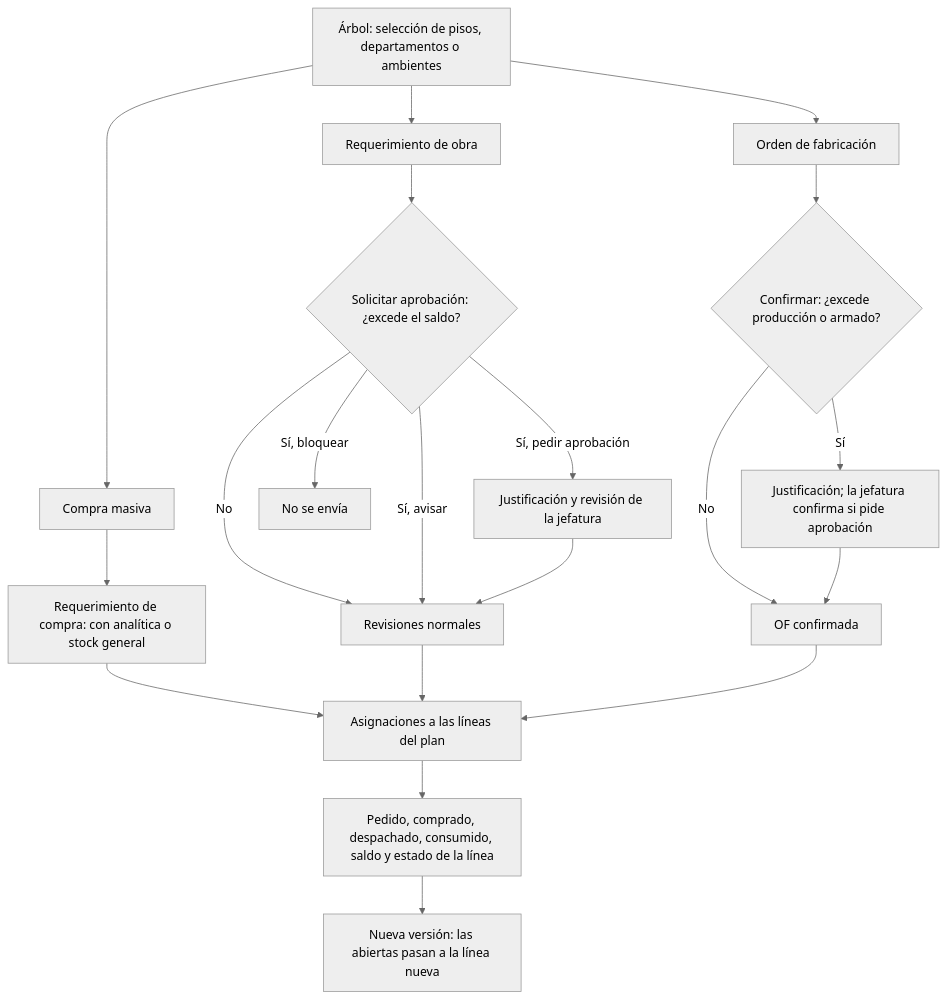
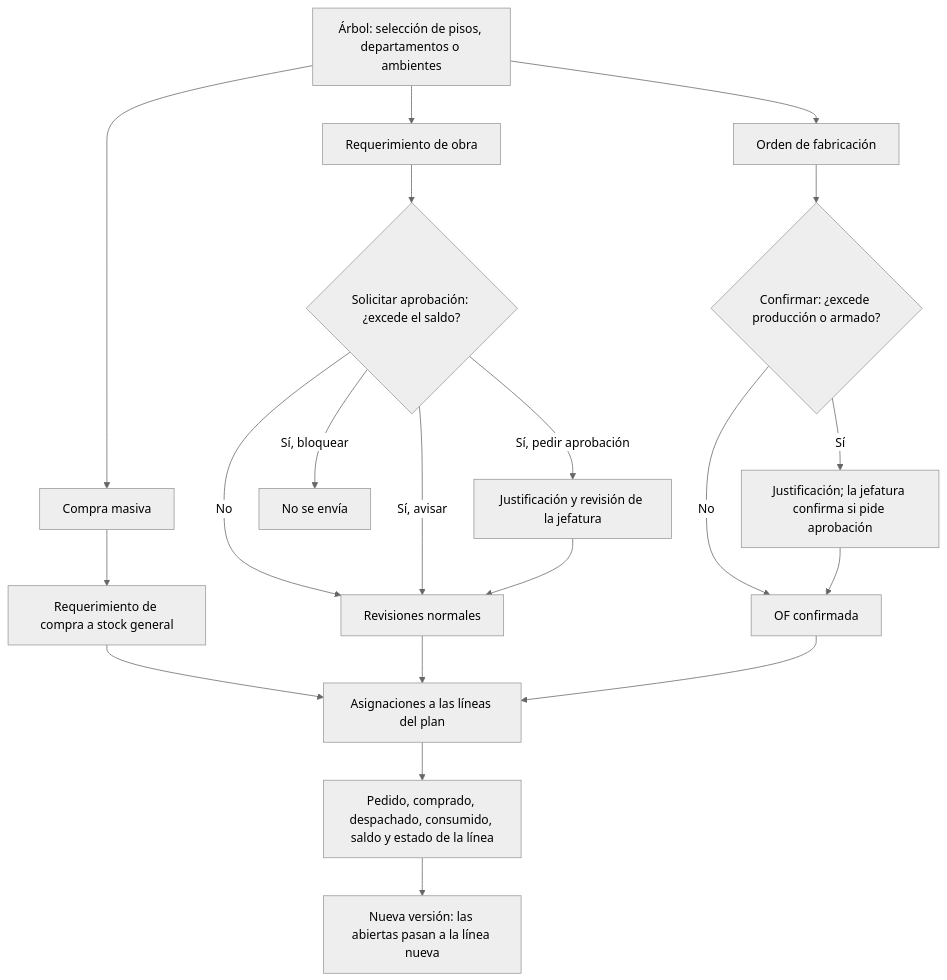
One commit to olanoit/ol_new_apps changed the diagram in OL-PROJECTS/al_construction_planner/static/description/diagramas/abastecimiento.mmd. Above: the diagram before and after it, drawn with Mermaid (neutral theme). The commit also changed 26 other files, not shown here.

```diff
--- a/OL-PROJECTS/al_construction_planner/static/description/diagramas/abastecimiento.mmd
+++ b/OL-PROJECTS/al_construction_planner/static/description/diagramas/abastecimiento.mmd
@@ -1,20 +1,20 @@
 flowchart TD
   A[Árbol: selección de pisos, departamentos o ambientes] --> B[Compra masiva]
   A --> C[Requerimiento de obra]
   A --> D[Orden de fabricación]
-  B --> B1[Requerimiento de compra: con analítica o stock general]
+  B --> B1[Requerimiento de compra a stock general]
   B1 --> X[Asignaciones a las líneas del plan]
   C --> C1{Solicitar aprobación: ¿excede el saldo?}
   C1 -- No --> C2[Revisiones normales]
   C1 -- Sí, avisar --> C2
   C1 -- Sí, pedir aprobación --> C3[Justificación y revisión de la jefatura]
   C1 -- Sí, bloquear --> C4[No se envía]
   C3 --> C2
   C2 --> X
   D --> D1{Confirmar: ¿excede producción o armado?}
   D1 -- No --> D2[OF confirmada]
   D1 -- Sí --> D3[Justificación; la jefatura confirma si pide aprobación]
   D3 --> D2
   D2 --> X
   X --> Y[Pedido, comprado, despachado, consumido, saldo y estado de la línea]
   Y --> Z[Nueva versión: las abiertas pasan a la línea nueva]
```
